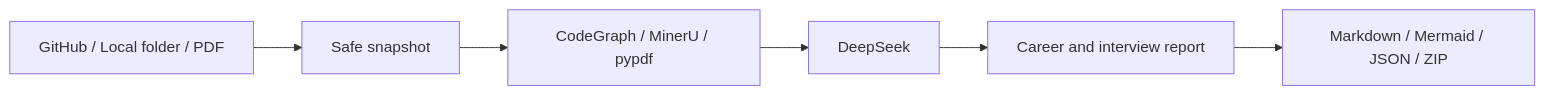
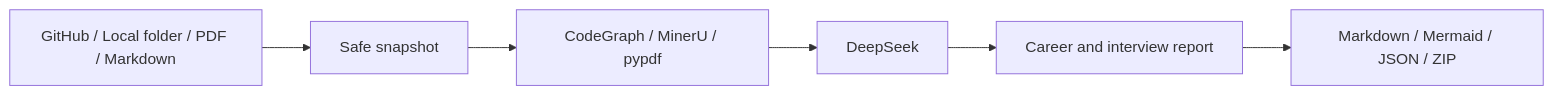
The diagram in README_EN.md (tingfeng347/repo2career), drawn with Mermaid before and after one commit. The commit also changed other lines of this file and 4 other files, not shown here.

````diff
--- a/README_EN.md
+++ b/README_EN.md
@@ -31,8 +32,8 @@
 ```mermaid
 flowchart LR
-    Source[GitHub / Local folder / PDF] --> Ingest[Safe snapshot]
+    Source[GitHub / Local folder / PDF / Markdown] --> Ingest[Safe snapshot]
     Ingest --> Evidence[CodeGraph / MinerU / pypdf]
     Evidence --> Reason[DeepSeek]
     Reason --> Report[Career and interview report]
     Report --> Bundle[Markdown / Mermaid / JSON / ZIP]
 ```
````
